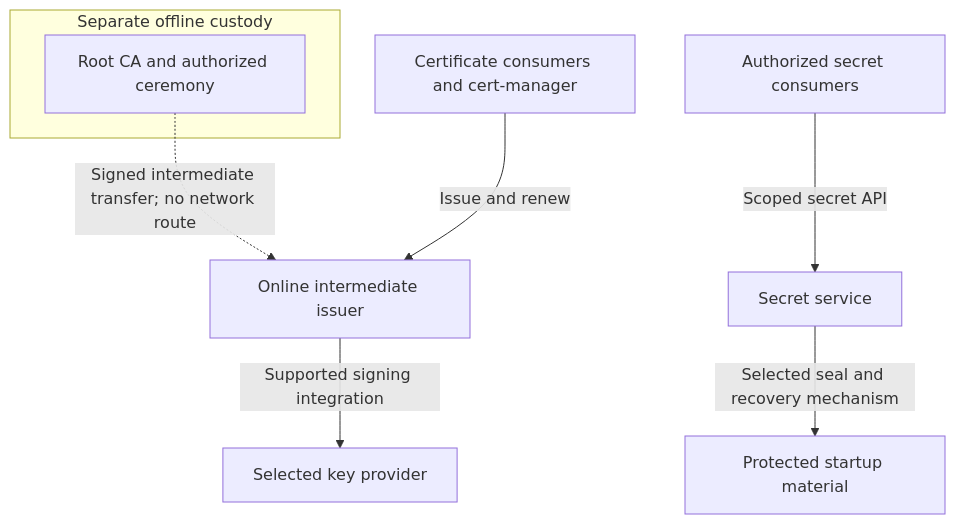
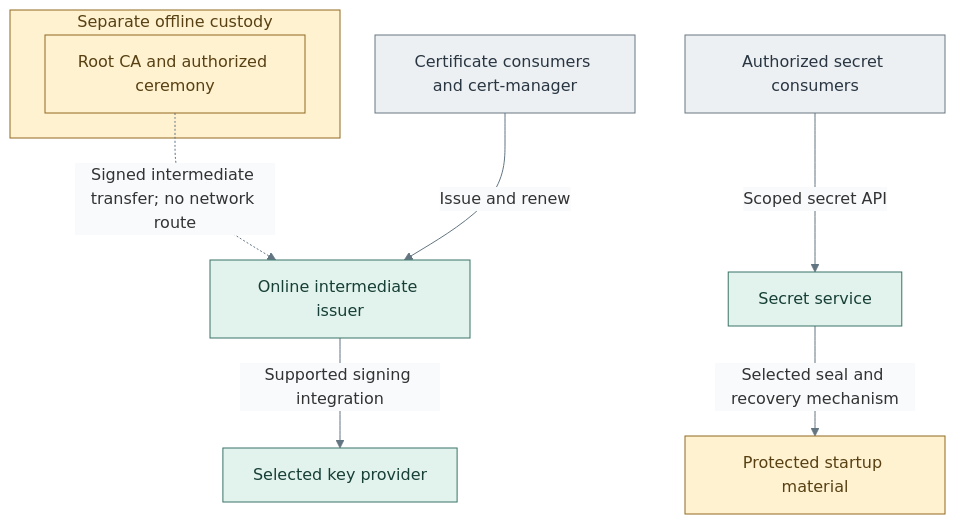
The diagram in docs/architecture/cryptography/README.md (Rexus/homelab), drawn with Mermaid before and after one commit. The commit also changed 49 other files, not shown here.

Commit message:
docs(diagrams): clarify tier layouts and visual styles

````diff
--- a/docs/architecture/cryptography/README.md
+++ b/docs/architecture/cryptography/README.md
@@ -23,11 +23,19 @@
 ```mermaid
+%%{init: {"theme":"base","themeVariables":{"lineColor":"#627581","edgeLabelBackground":"#f8fafc"}}}%%
 flowchart TB
   subgraph Offline["Separate offline custody"]
     Root["Root CA and authorized ceremony"]
   end
   Root -. "Signed intermediate transfer; no network route" .-> Issuer
   Certificates["Certificate consumers and cert-manager"] -->|Issue and renew| Issuer["Online intermediate issuer"]
   Issuer -->|Supported signing integration| Signing["Selected key provider"]
   Clients["Authorized secret consumers"] -->|Scoped secret API| Secrets["Secret service"]
   Secrets -->|Selected seal and recovery mechanism| Seal["Protected startup material"]
+  classDef default fill:#f8fafc,stroke:#64748b,color:#1f2937
+  classDef custody fill:#fff2d1,stroke:#926820,color:#584013
+  classDef control fill:#e2f3ed,stroke:#397366,color:#173f36
+  classDef actor fill:#edf0f3,stroke:#697682,color:#293642
+  class Offline,Root,Seal custody
+  class Issuer,Signing,Secrets control
+  class Certificates,Clients actor
 ```
````
